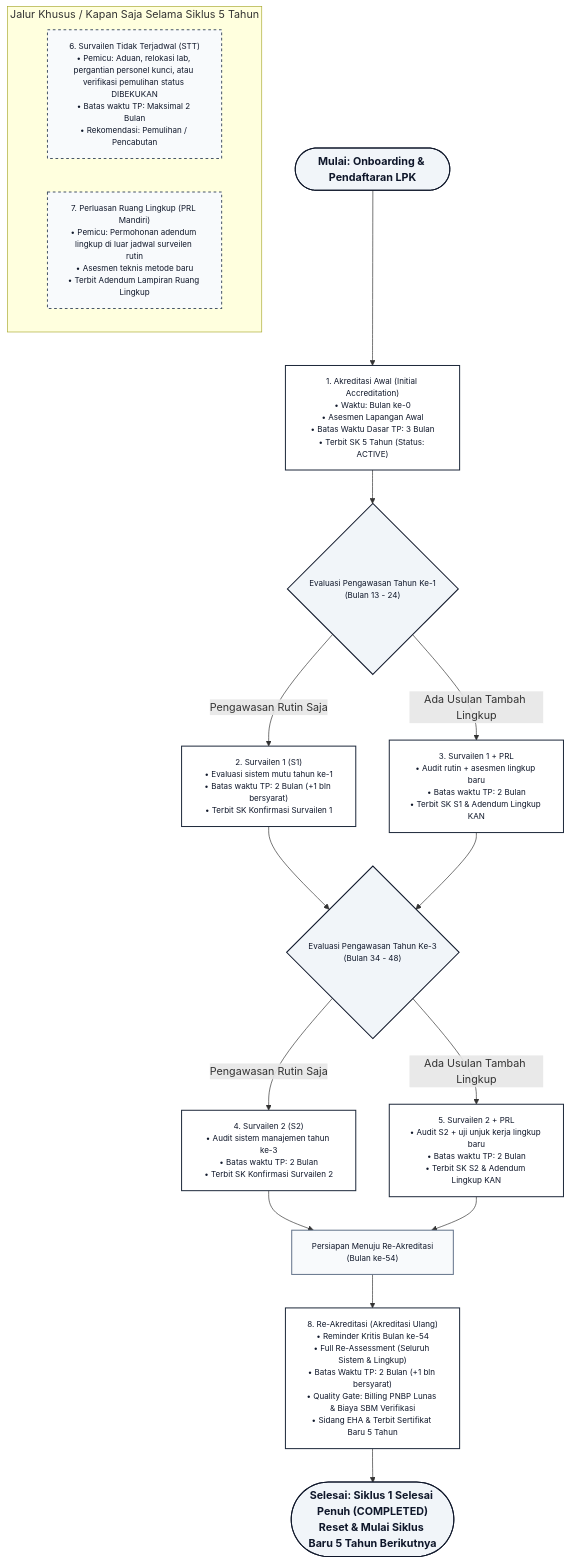
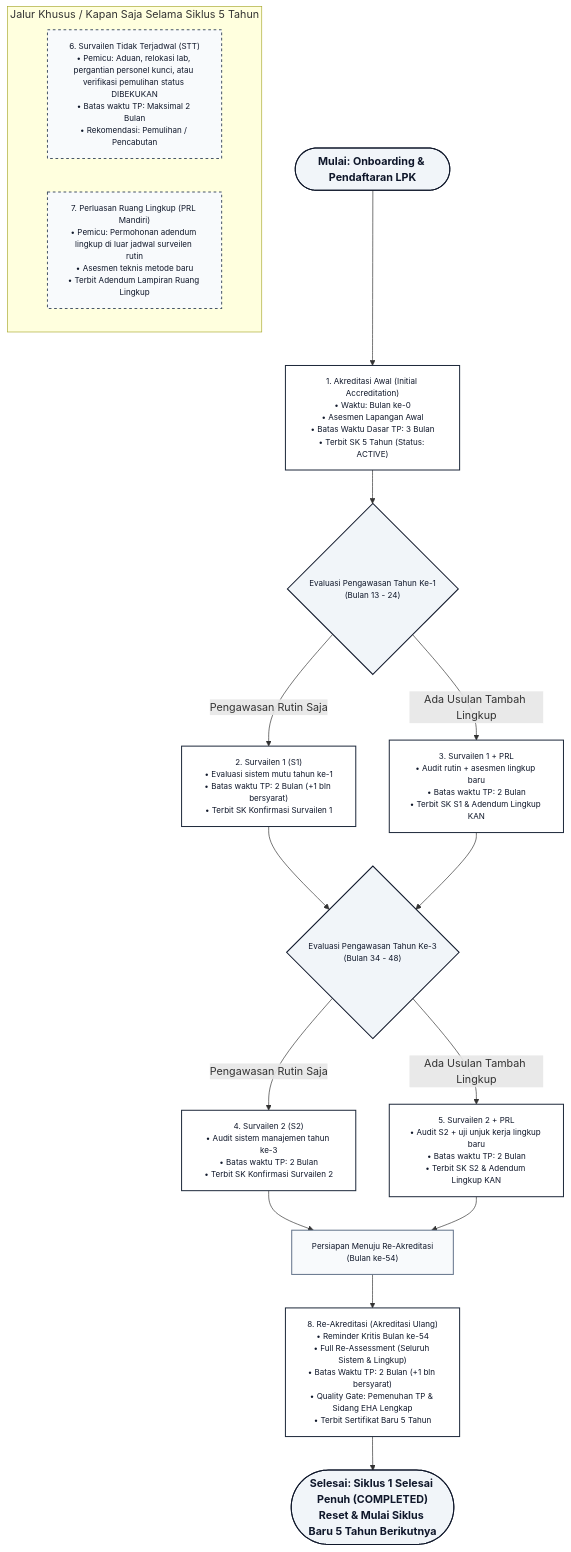
The sixth of 9 diagrams in docs/04-tahap-perancangan.md (greedykid/prototype-magang), drawn with Mermaid before and after one commit. The commit also changed other lines of this file and 79 other files, not shown here.

````diff
--- a/docs/04-tahap-perancangan.md
+++ b/docs/04-tahap-perancangan.md
@@ -240,34 +228,34 @@
 ```mermaid
 flowchart TD
     Start(["Mulai: Onboarding & Pendaftaran LPK"]):::nodeStart --> Stage1["1. Akreditasi Awal (Initial Accreditation)<br/>• Waktu: Bulan ke-0<br/>• Asesmen Lapangan Awal<br/>• Batas Waktu Dasar TP: 3 Bulan<br/>• Terbit SK 5 Tahun (Status: ACTIVE)"]:::stageBox
 
     Stage1 --> EvalY1{"Evaluasi Pengawasan Tahun Ke-1<br/>(Bulan 13 - 24)"}:::decisionBox
 
     EvalY1 -- "Pengawasan Rutin Saja" --> Stage2["2. Survailen 1 (S1)<br/>• Evaluasi sistem mutu tahun ke-1<br/>• Batas waktu TP: 2 Bulan (+1 bln bersyarat)<br/>• Terbit SK Konfirmasi Survailen 1"]:::stageBox
     EvalY1 -- "Ada Usulan Tambah Lingkup" --> Stage3["3. Survailen 1 + PRL<br/>• Audit rutin + asesmen lingkup baru<br/>• Batas waktu TP: 2 Bulan<br/>• Terbit SK S1 & Adendum Lingkup KAN"]:::stageBox
 
     Stage2 --> EvalY3{"Evaluasi Pengawasan Tahun Ke-3<br/>(Bulan 34 - 48)"}:::decisionBox
     Stage3 --> EvalY3
 
     EvalY3 -- "Pengawasan Rutin Saja" --> Stage4["4. Survailen 2 (S2)<br/>• Audit sistem manajemen tahun ke-3<br/>• Batas waktu TP: 2 Bulan<br/>• Terbit SK Konfirmasi Survailen 2"]:::stageBox
     EvalY3 -- "Ada Usulan Tambah Lingkup" --> Stage5["5. Survailen 2 + PRL<br/>• Audit S2 + uji unjuk kerja lingkup baru<br/>• Batas waktu TP: 2 Bulan<br/>• Terbit SK S2 & Adendum Lingkup KAN"]:::stageBox
 
     Stage4 --> TrackReAkreditasi["Persiapan Menuju Re-Akreditasi<br/>(Bulan ke-54)"]:::transBox
     Stage5 --> TrackReAkreditasi
 
     subgraph Insidental["Jalur Khusus / Kapan Saja Selama Siklus 5 Tahun"]
         Stage6["6. Survailen Tidak Terjadwal (STT)<br/>• Pemicu: Aduan, relokasi lab, pergantian personel kunci, atau verifikasi pemulihan status DIBEKUKAN<br/>• Batas waktu TP: Maksimal 2 Bulan<br/>• Rekomendasi: Pemulihan / Pencabutan"]:::sideBox
         Stage7["7. Perluasan Ruang Lingkup (PRL Mandiri)<br/>• Pemicu: Permohonan adendum lingkup di luar jadwal surveilen rutin<br/>• Asesmen teknis metode baru<br/>• Terbit Adendum Lampiran Ruang Lingkup"]:::sideBox
     end
 
-    TrackReAkreditasi --> Stage8["8. Re-Akreditasi (Akreditasi Ulang)<br/>• Reminder Kritis Bulan ke-54<br/>• Full Re-Assessment (Seluruh Sistem & Lingkup)<br/>• Batas Waktu TP: 2 Bulan (+1 bln bersyarat)<br/>• Quality Gate: Billing PNBP Lunas & Biaya SBM Verifikasi<br/>• Sidang EHA & Terbit Sertifikat Baru 5 Tahun"]:::stageBox
+    TrackReAkreditasi --> Stage8["8. Re-Akreditasi (Akreditasi Ulang)<br/>• Reminder Kritis Bulan ke-54<br/>• Full Re-Assessment (Seluruh Sistem & Lingkup)<br/>• Batas Waktu TP: 2 Bulan (+1 bln bersyarat)<br/>• Quality Gate: Pemenuhan TP & Sidang EHA Lengkap<br/>• Terbit Sertifikat Baru 5 Tahun"]:::stageBox
 
     Stage8 --> EndNode(["Selesai: Siklus 1 Selesai Penuh (COMPLETED)<br/>Reset & Mulai Siklus Baru 5 Tahun Berikutnya"]):::nodeEnd
 
     classDef stageBox fill:#ffffff,stroke:#1e293b,stroke-width:1.5px,color:#0f172a,font-size:12px;
     classDef decisionBox fill:#f1f5f9,stroke:#0f172a,stroke-width:1.5px,color:#0f172a,font-size:12px;
     classDef sideBox fill:#f8fafc,stroke:#475569,stroke-dasharray: 4 4,stroke-width:1.5px,color:#0f172a,font-size:12px;
     classDef nodeStart fill:#f1f5f9,stroke:#0f172a,stroke-width:1.5px,color:#0f172a,font-weight:bold;
     classDef nodeEnd fill:#f1f5f9,stroke:#0f172a,stroke-width:1.5px,color:#0f172a,font-weight:bold;
     classDef transBox fill:#f8fafc,stroke:#64748b,stroke-width:1.5px,color:#0f172a,font-size:12px;
 ```
````
